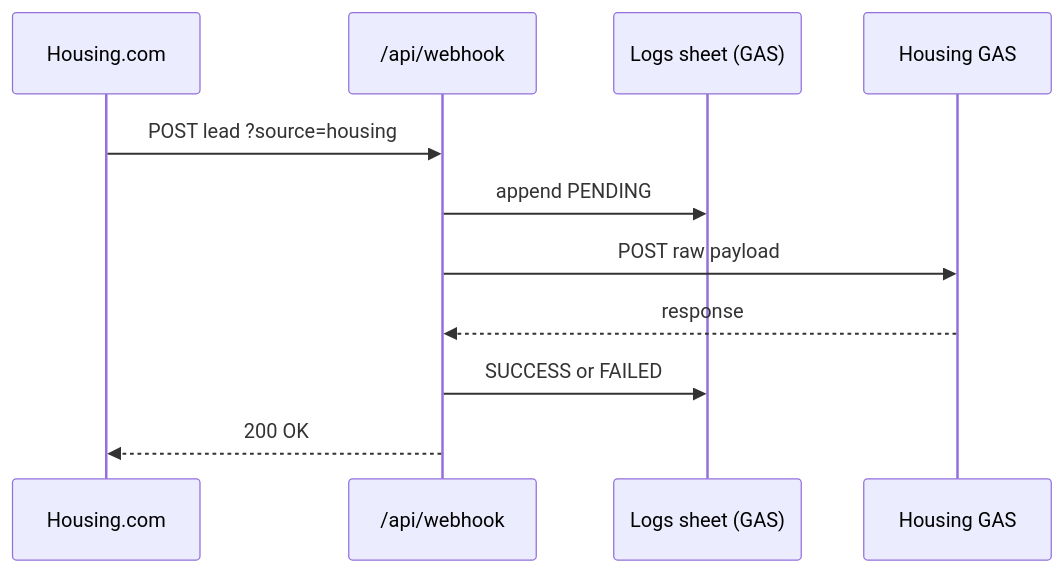
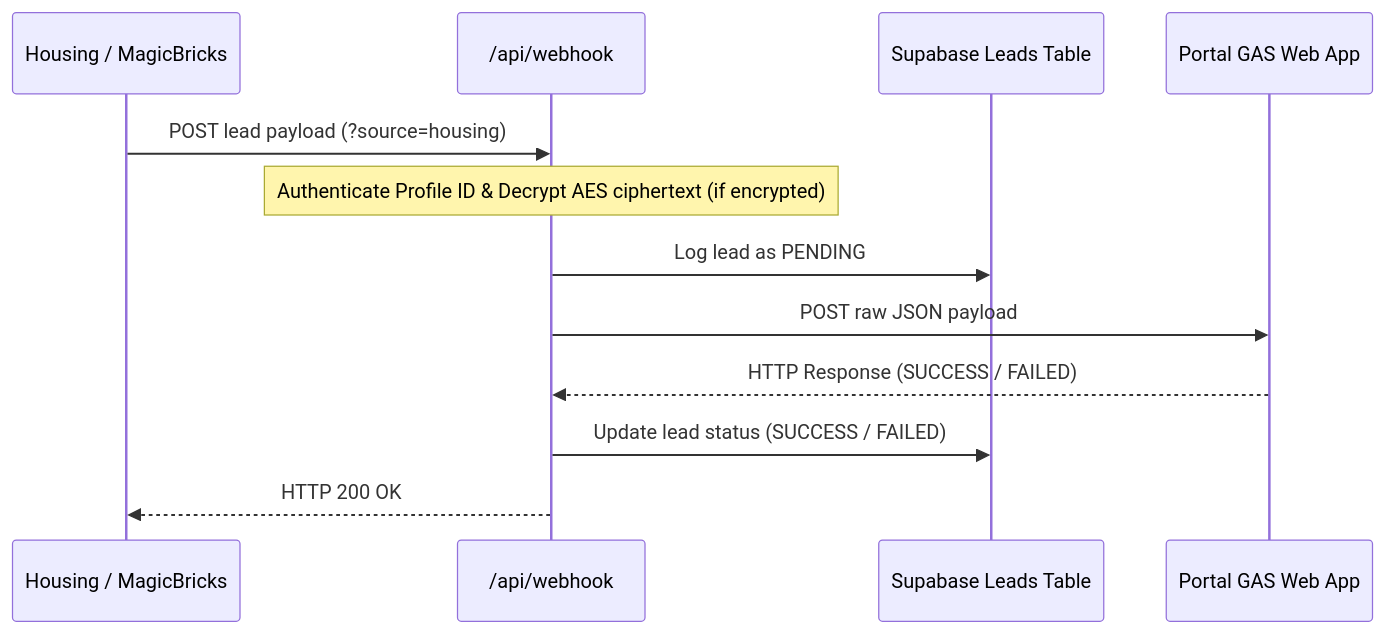
One commit to ultra-sam-jain/mediator changed the first of 2 diagrams in README.md. Above: the diagram before and after it, drawn with Mermaid. The commit also changed other lines of this file and 1 other file, not shown here.

Commit message:
Add mobile_no and reorder lead_name in lead parser for MagicBricks

````diff
--- a/README.md
+++ b/README.md
@@ -7,14 +14,15 @@
 ```mermaid
 sequenceDiagram
-  participant Portal as Housing.com
+  participant Portal as Housing / MagicBricks
   participant Vercel as /api/webhook
-  participant Logs as Logs sheet (GAS)
-  participant GAS as Housing GAS
+  participant DB as Supabase Leads Table
+  participant GAS as Portal GAS Web App
 
-  Portal->>Vercel: POST lead ?source=housing
-  Vercel->>Logs: append PENDING
-  Vercel->>GAS: POST raw payload
-  GAS-->>Vercel: response
-  Vercel->>Logs: SUCCESS or FAILED
-  Vercel-->>Portal: 200 OK
+  Portal->>Vercel: POST lead payload (?source=housing)
+  Note over Vercel: Authenticate Profile ID & Decrypt AES ciphertext (if encrypted)
+  Vercel->>DB: Log lead as PENDING
+  Vercel->>GAS: POST raw JSON payload
+  GAS-->>Vercel: HTTP Response (SUCCESS / FAILED)
+  Vercel->>DB: Update lead status (SUCCESS / FAILED)
+  Vercel-->>Portal: HTTP 200 OK
 ```
````
